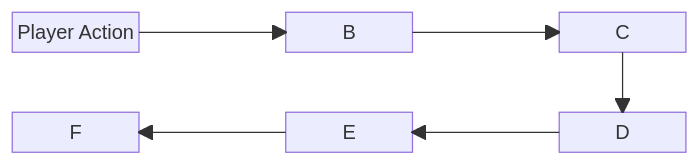
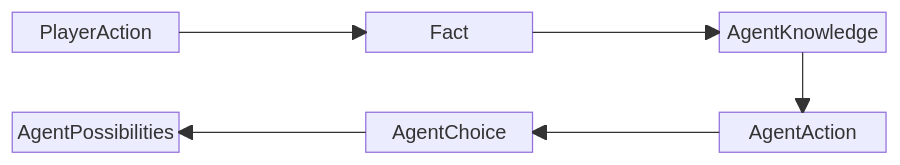
One commit to rchDev/game-of-points changed the second of 2 diagrams in docs/deep-lore.md. Above: the diagram before and after it, drawn with Mermaid.

Commit message:
[docs]: add a bunch of stuff to deep-lore.md

````diff
--- a/docs/deep-lore.md
+++ b/docs/deep-lore.md
@@ -49,13 +49,13 @@
 ```mermaid
 block-beta
    columns 5
-   A["Player Action"] space B space C
+   A["PlayerAction"] space B["Fact"] space C["AgentKnowledge"]
    space space space space space
-   F space E space D
+   F["AgentPossibilities"] space E["AgentChoice"] space D["AgentAction"]
 
    A --> B
    B --> C
    C --> D
    D --> E
    E --> F
 ```
````
